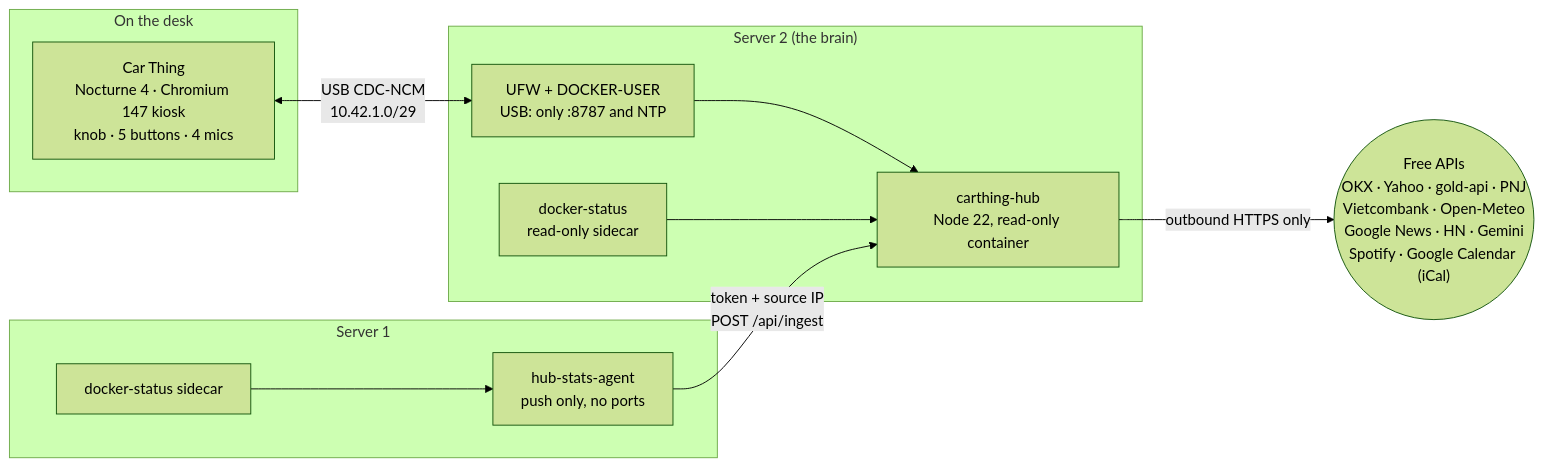
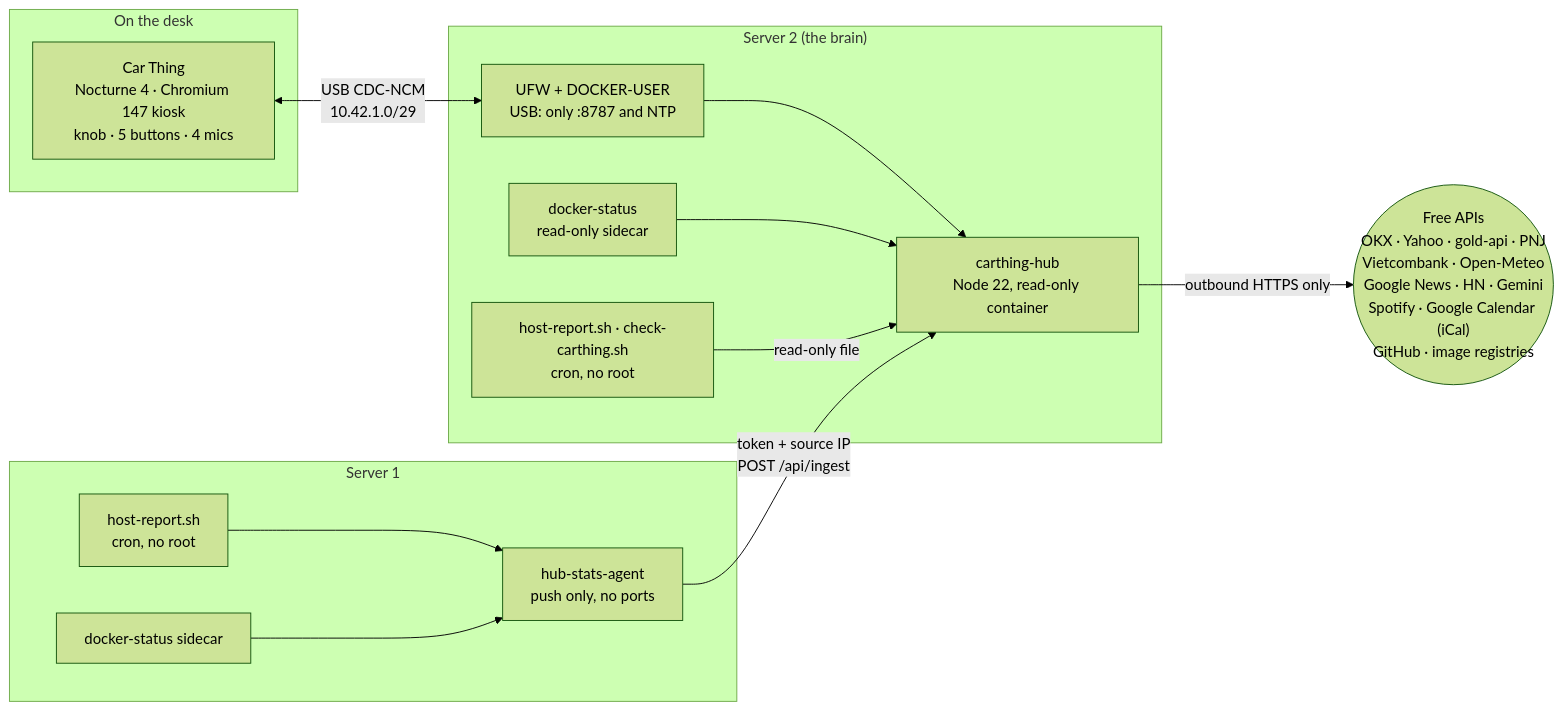
The diagram in README.md (nhaajtt/carthing-desk-hub), drawn with Mermaid (forest theme) before and after one commit. The commit also changed other lines of this file and 29 other files, not shown here.

````diff
--- a/README.md
+++ b/README.md
@@ -97,21 +101,25 @@
 ```mermaid
 flowchart LR
   subgraph desk["On the desk"]
     CT["Car Thing<br/>Nocturne 4 · Chromium 147 kiosk<br/>knob · 5 buttons · 4 mics"]
   end
   subgraph s2["Server 2 (the brain)"]
     HUB["carthing-hub<br/>Node 22, read-only container"]
     DS2["docker-status<br/>read-only sidecar"]
+    HR2["host-report.sh · check-carthing.sh<br/>cron, no root"]
     FW["UFW + DOCKER-USER<br/>USB: only :8787 and NTP"]
   end
   subgraph s1["Server 1"]
     AG["hub-stats-agent<br/>push only, no ports"]
     DS1["docker-status sidecar"]
+    HR1["host-report.sh<br/>cron, no root"]
   end
-  NET(("Free APIs<br/>OKX · Yahoo · gold-api · PNJ<br/>Vietcombank · Open-Meteo<br/>Google News · HN · Gemini<br/>Spotify · Google Calendar (iCal)"))
+  NET(("Free APIs<br/>OKX · Yahoo · gold-api · PNJ<br/>Vietcombank · Open-Meteo<br/>Google News · HN · Gemini<br/>Spotify · Google Calendar (iCal)<br/>GitHub · image registries"))
 
   CT <-- "USB CDC-NCM<br/>10.42.1.0/29" --> FW --> HUB
   DS2 --> HUB
+  HR2 -- "read-only file" --> HUB
+  HR1 --> AG
   DS1 --> AG -- "token + source IP<br/>POST /api/ingest" --> HUB
   HUB -- "outbound HTTPS only" --> NET
 ```
````
